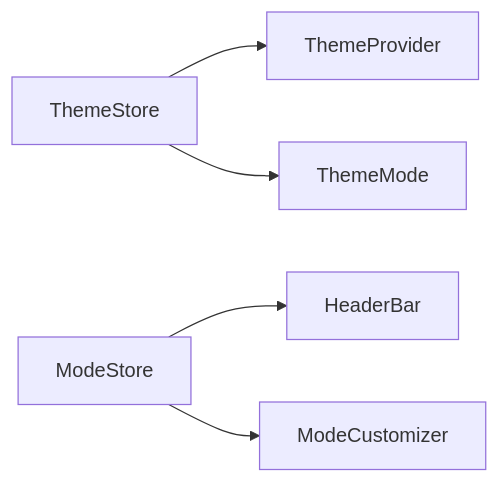
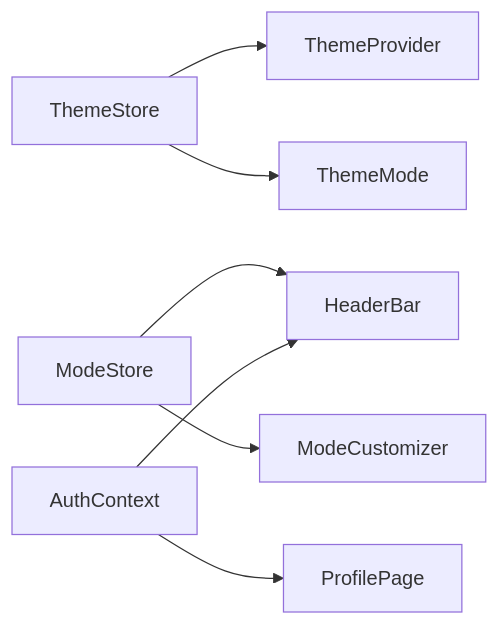
One commit to ftt369/genieflowai.agent changed the second of 2 diagrams in TODO.md. Above: the diagram before and after it, drawn with Mermaid. The commit also changed other lines of this file and 102 other files, not shown here.

````diff
--- a/TODO.md
+++ b/TODO.md
@@ -163,7 +199,9 @@
 ```mermaid
 graph LR
     ThemeStore --> ThemeProvider
     ThemeStore --> ThemeMode
     ModeStore --> HeaderBar
     ModeStore --> ModeCustomizer
+    AuthContext --> HeaderBar
+    AuthContext --> ProfilePage
 ```
````
